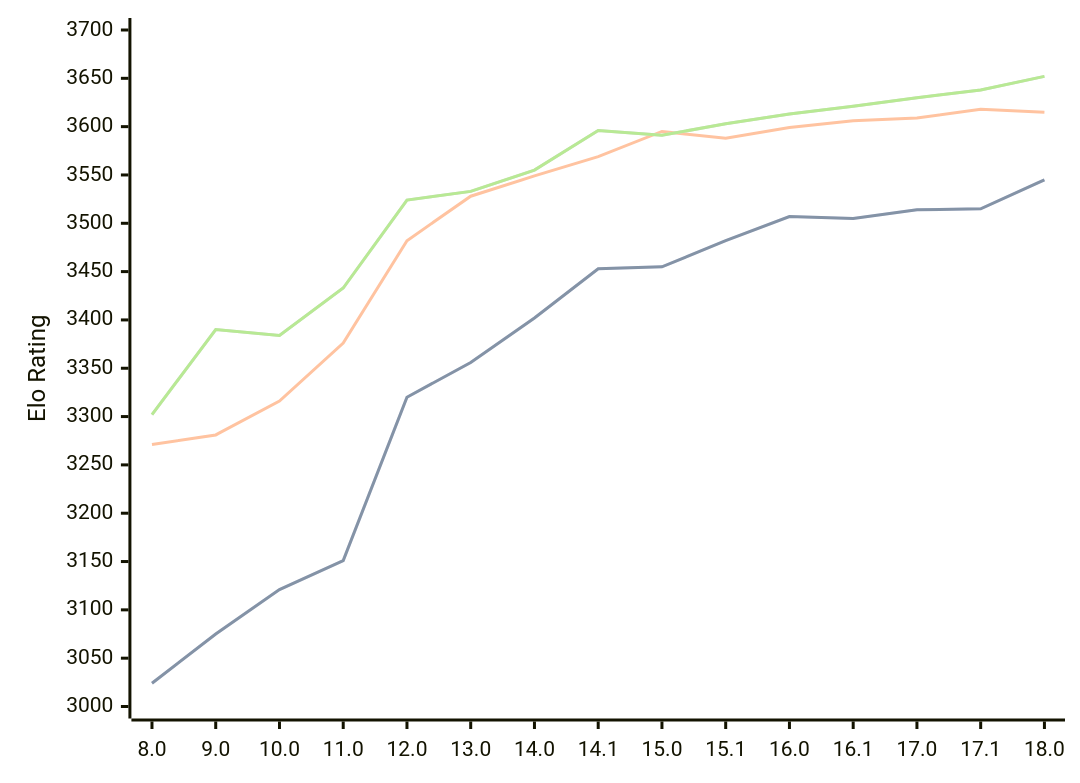
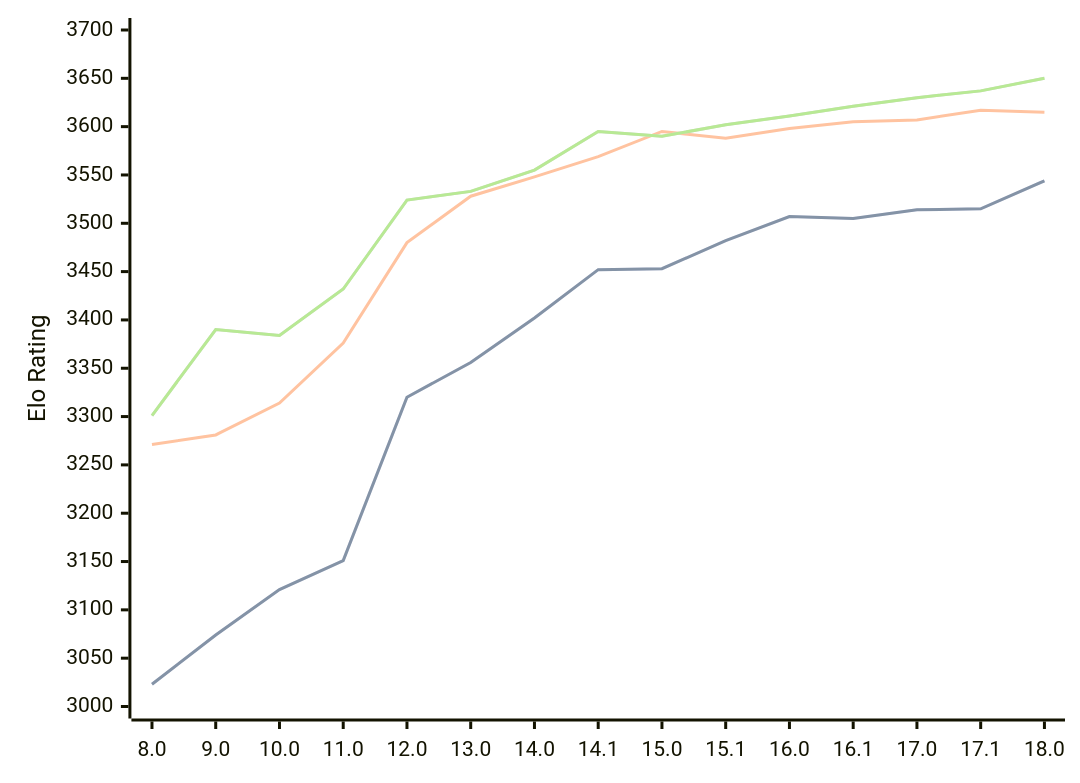
One commit to computer-chess-index/cci changed the diagram in engines/Stockfish.md. Above: the diagram before and after it, drawn with Mermaid. The commit also changed other lines of this file, not shown here.

Commit message:
Update CCI Ratings (ELO VLTC) - 2026-04-17

````diff
--- a/engines/Stockfish.md
+++ b/engines/Stockfish.md
@@ -46,11 +46,11 @@
 ```mermaid
 %%{init: {"theme":"base","themeVariables":{"seriesColors:['#a3a3a3','#222221','#faa371']}}}%%
 xychart-beta
   x-axis ["8.0", "9.0", "10.0", "11.0", "12.0", "13.0", "14.0", "14.1", "15.0", "15.1", "16.0", "16.1", "17.0", "17.1", "18.0"]
   y-axis "Elo Rating" 3000 --> 3700
-  line "STC (8.0+0.08s)" [3024, 3075, 3121, 3151, 3320, 3356, 3402, 3453, 3455, 3482, 3507, 3505, 3514, 3515, 3545]
-  line "STC (8.0+0.08s)" [3024, 3075, 3121, 3151, 3320, 3356, 3402, 3453, 3455, 3482, 3507, 3505, 3514, 3515, 3545]
-  line "LTC (60.0+0.60s)" [3271, 3281, 3316, 3376, 3482, 3528, 3549, 3569, 3595, 3588, 3599, 3606, 3609, 3618, 3615]
-  line "VLTC (2m24s+1.12s)" [3302, 3390, 3384, 3433, 3524, 3533, 3555, 3596, 3591, 3603, 3613, 3621, 3630, 3638, 3652]
-  line "VLTC (2m24s+1.12s)" [3302, 3390, 3384, 3433, 3524, 3533, 3555, 3596, 3591, 3603, 3613, 3621, 3630, 3638, 3652]
+  line "STC (8.0+0.08s)" [3023, 3074, 3121, 3151, 3320, 3356, 3402, 3452, 3453, 3482, 3507, 3505, 3514, 3515, 3544]
+  line "STC (8.0+0.08s)" [3023, 3074, 3121, 3151, 3320, 3356, 3402, 3452, 3453, 3482, 3507, 3505, 3514, 3515, 3544]
+  line "LTC (60.0+0.60s)" [3271, 3281, 3314, 3376, 3480, 3528, 3548, 3569, 3595, 3588, 3598, 3605, 3607, 3617, 3615]
+  line "VLTC (2m24s+1.12s)" [3301, 3390, 3384, 3432, 3524, 3533, 3555, 3595, 3590, 3602, 3611, 3621, 3630, 3637, 3650]
+  line "VLTC (2m24s+1.12s)" [3301, 3390, 3384, 3432, 3524, 3533, 3555, 3595, 3590, 3602, 3611, 3621, 3630, 3637, 3650]
 ```
````
